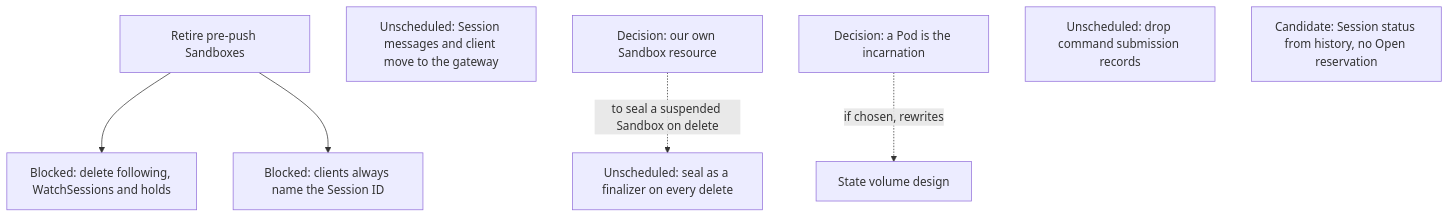
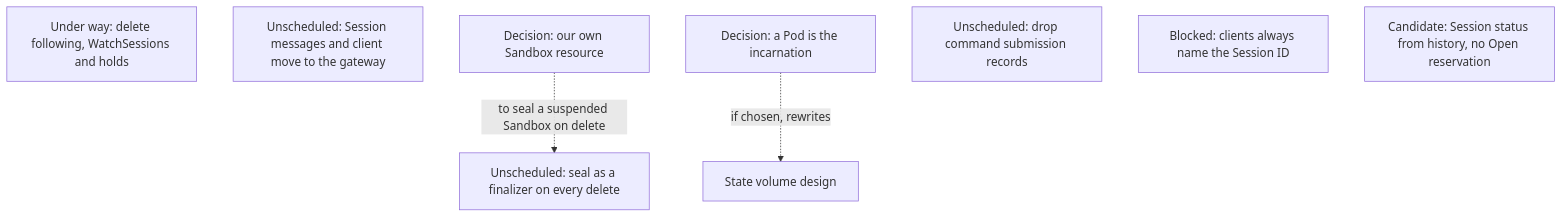
Diagram 12 of 13 in agentplane/plans/task_dag.md (agentydragon/ducktape), drawn with Mermaid before and after one commit. The commit also changed other lines of this file and 24 other files, not shown here.

First line of the commit message:
agentplane/history_service: stop following Sessions

````diff
--- a/agentplane/plans/task_dag.md
+++ b/agentplane/plans/task_dag.md
@@ -871,16 +853,13 @@
 ```mermaid
 flowchart TD
-    LEGACY_SANDBOX_RETIRE[Retire pre-push Sandboxes]
-    FOLLOW_PATH_RETIRE[Blocked: delete following, WatchSessions and holds]
+    FOLLOW_PATH_RETIRE[Under way: delete following, WatchSessions and holds]
     GATEWAY_CLIENT_SPLIT[Unscheduled: Session messages and client move to the gateway]
     AGENTPLANE_SANDBOX_RESOURCE[Decision: our own Sandbox resource]
     POD_INCARNATION[Decision: a Pod is the incarnation]
     SEAL_FINALIZER[Unscheduled: seal as a finalizer on every delete]
     COMMAND_RECORDS_RETIRE[Unscheduled: drop command submission records]
     SESSION_ID_MINT_RETIRE[Blocked: clients always name the Session ID]
     LOOKUP_SESSION_RETIRE[Candidate: Session status from history, no Open reservation]
-    LEGACY_SANDBOX_RETIRE --> FOLLOW_PATH_RETIRE
     AGENTPLANE_SANDBOX_RESOURCE -. to seal a suspended Sandbox on delete .-> SEAL_FINALIZER
     POD_INCARNATION -. if chosen, rewrites .-> SESSION_STATE_VOLUME_DESIGN[State volume design]
-    LEGACY_SANDBOX_RETIRE --> SESSION_ID_MINT_RETIRE
 ```
````
